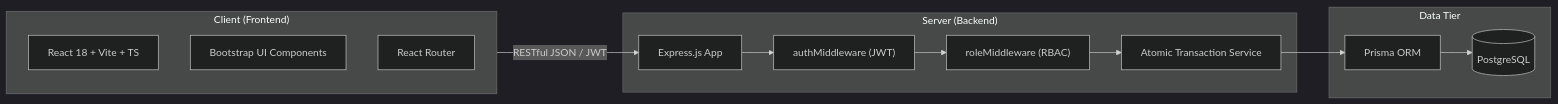
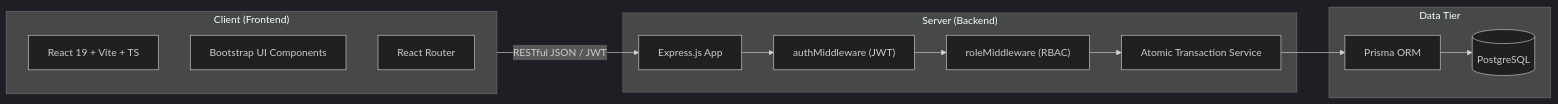
Before and after one commit to Phureeruch/TutorHub: the first of 2 diagrams in docs/system-sds.md, drawn with Mermaid (dark theme). The commit also changed other lines of this file and 5 other files, not shown here.

````diff
--- a/docs/system-sds.md
+++ b/docs/system-sds.md
@@ -13,27 +13,27 @@
 ```mermaid
 flowchart LR
     subgraph Client ["Client (Frontend)"]
-        UI["React 18 + Vite + TS"]
+        UI["React 19 + Vite + TS"]
         Bootstrap["Bootstrap UI Components"]
         Router["React Router"]
     end
 
     subgraph Server ["Server (Backend)"]
         Express["Express.js App"]
         AuthMid["authMiddleware (JWT)"]
         RoleMid["roleMiddleware (RBAC)"]
         TxMgr["Atomic Transaction Service"]
     end
 
     subgraph DataTier ["Data Tier"]
         Prisma["Prisma ORM"]
         Postgres[("PostgreSQL")]
     end
 
     Client -->|RESTful JSON / JWT| Express
     Express --> AuthMid
     AuthMid --> RoleMid
     RoleMid --> TxMgr
     TxMgr --> Prisma
     Prisma --> Postgres
 ```
````
